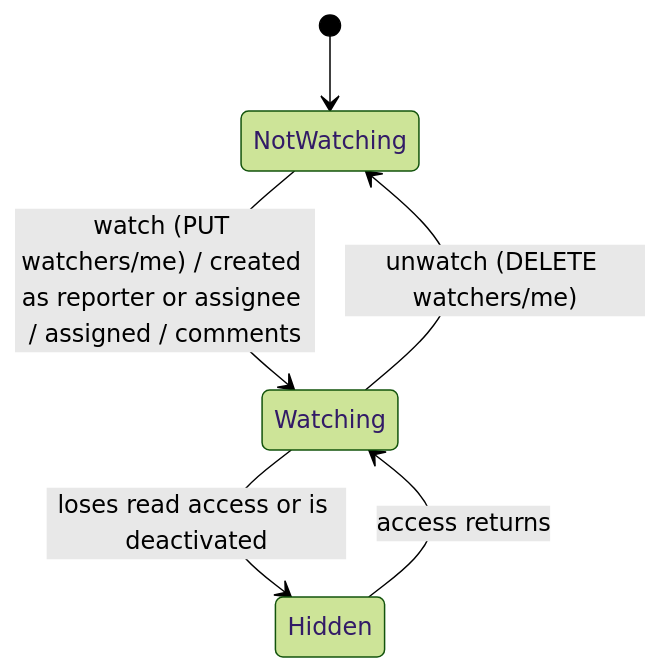
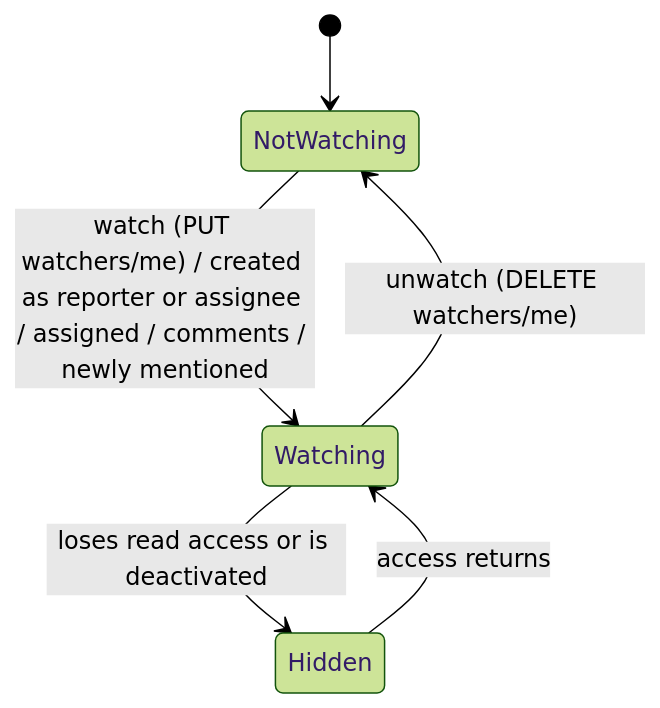
One commit to BrysAdamed/ticketing changed diagram 24 of 27 in docs/domain/workflows.md. Above: the diagram before and after it, drawn with Mermaid (forest theme). The commit also changed other lines of this file and 3 other files, not shown here.

````diff
--- a/docs/domain/workflows.md
+++ b/docs/domain/workflows.md
@@ -644,8 +644,8 @@
 ```mermaid
 stateDiagram-v2
     [*] --> NotWatching
-    NotWatching --> Watching: watch (PUT watchers/me) / created as reporter or assignee / assigned / comments
+    NotWatching --> Watching: watch (PUT watchers/me) / created as reporter or assignee / assigned / comments / newly mentioned
     Watching --> NotWatching: unwatch (DELETE watchers/me)
     Watching --> Hidden: loses read access or is deactivated
     Hidden --> Watching: access returns
 ```
````
